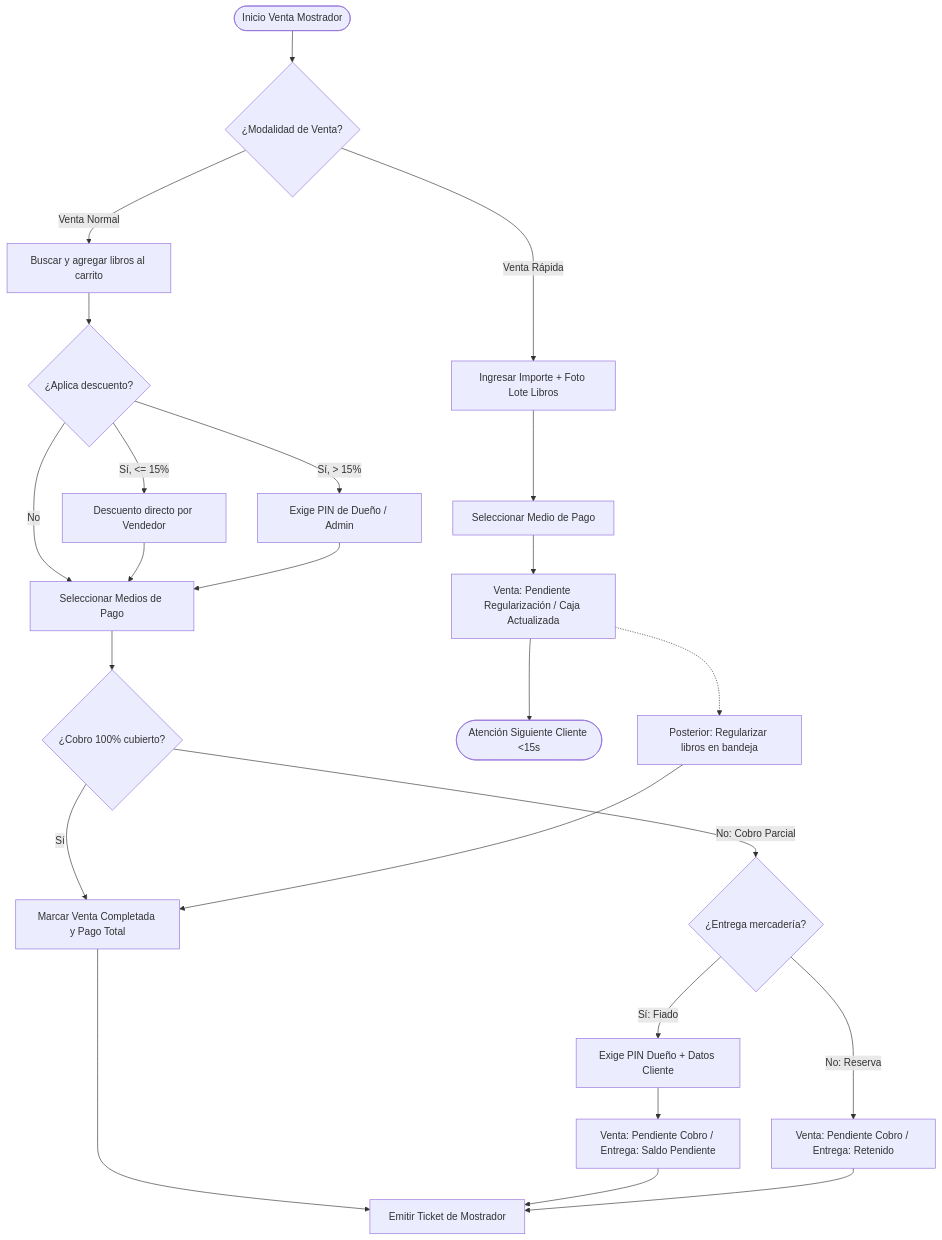
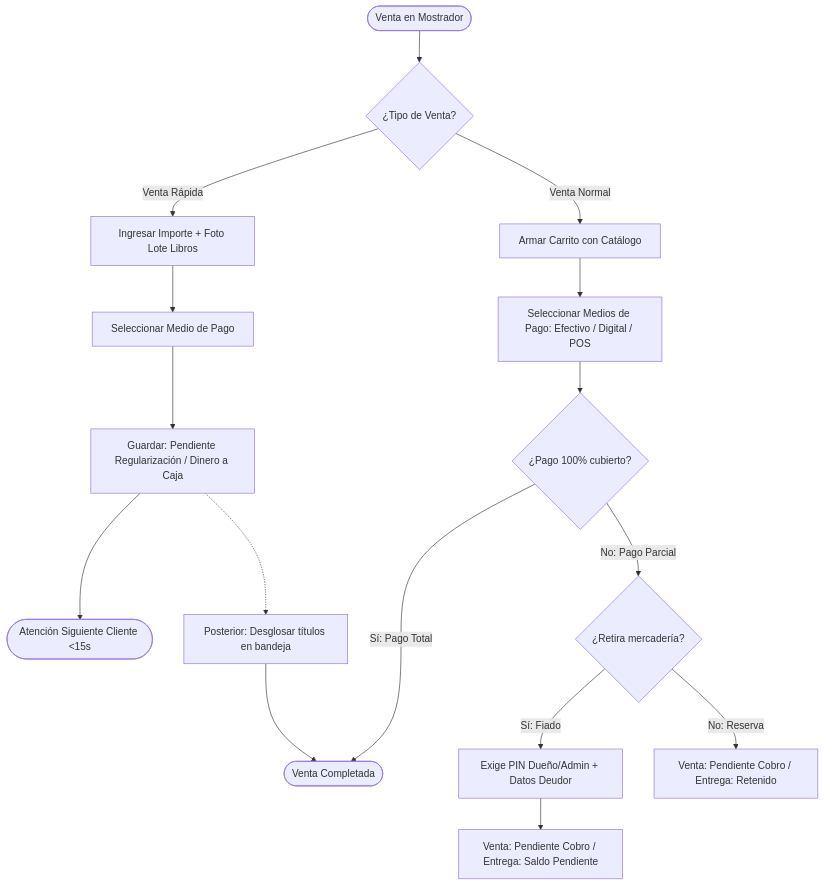
Before and after one commit to JMedina255/Proyecto_tienda: the second of 4 diagrams in docs/01-requerimientos/SRS.md, drawn with Mermaid. The commit also changed other lines of this file and 8 other files, not shown here.

````diff
--- a/docs/01-requerimientos/SRS.md
+++ b/docs/01-requerimientos/SRS.md
@@ -764,31 +351,23 @@
 ```mermaid
 flowchart TD
-    Inicio([Inicio Venta Mostrador]) --> TipoVenta{¿Modalidad de Venta?}
+    Inicio([Venta en Mostrador]) --> Modalidad{¿Tipo de Venta?}
 
-    TipoVenta -->|Venta Normal| Carrito[Buscar y agregar libros al carrito]
-    Carrito --> Descuento{¿Aplica descuento?}
-    Descuento -->|Sí, <= 15%| AplicaDesc[Descuento directo por Vendedor]
-    Descuento -->|Sí, > 15%| AuthDesc[Exige PIN de Dueño / Admin]
-    Descuento -->|No| FormaPago
-    AplicaDesc --> FormaPago[Seleccionar Medios de Pago]
-    AuthDesc --> FormaPago
+    Modalidad -->|Venta Rápida| Quick[Ingresar Importe + Foto Lote Libros]
+    Quick --> QuickPay[Seleccionar Medio de Pago]
+    QuickPay --> QuickSave[Guardar: Pendiente Regularización / Dinero a Caja]
+    QuickSave --> QuickDone([Atención Siguiente Cliente <15s])
+    QuickSave -.-> Regularizar[Posterior: Desglosar títulos en bandeja]
+    Regularizar --> SaleDone([Venta Completada])
 
-    FormaPago --> CobroTotal{¿Cobro 100% cubierto?}
-    CobroTotal -->|Sí| CompletarVenta[Marcar Venta Completada y Pago Total]
-    CompletarVenta --> EmiteTicket[Emitir Ticket de Mostrador]
+    Modalidad -->|Venta Normal| Cart[Armar Carrito con Catálogo]
+    Cart --> PayChoice[Seleccionar Medios de Pago: Efectivo / Digital / POS]
+    PayChoice --> Covered{¿Pago 100% cubierto?}
 
-    CobroTotal -->|No: Cobro Parcial| DecisionEntrega{¿Entrega mercadería?}
-    DecisionEntrega -->|Sí: Fiado| AuthFiado[Exige PIN Dueño + Datos Cliente]
-    AuthFiado --> VentaFiada[Venta: Pendiente Cobro / Entrega: Saldo Pendiente]
-    VentaFiada --> EmiteTicket
-    DecisionEntrega -->|No: Reserva| VentaReserva[Venta: Pendiente Cobro / Entrega: Retenido]
-    VentaReserva --> EmiteTicket
+    Covered -->|Sí: Pago Total| SaleDone
+    Covered -->|No: Pago Parcial| DeliveryChoice{¿Retira mercadería?}
 
-    TipoVenta -->|Venta Rápida| ImporteFoto[Ingresar Importe + Foto Lote Libros]
-    ImporteFoto --> PagoRapido[Seleccionar Medio de Pago]
-    PagoRapido --> GuardaRapida[Venta: Pendiente Regularización / Caja Actualizada]
-    GuardaRapida --> FinRapida([Atención Siguiente Cliente <15s])
+    DeliveryChoice -->|Sí: Fiado| AuthFiado[Exige PIN Dueño/Admin + Datos Deudor]
+    AuthFiado --> FiadoDone[Venta: Pendiente Cobro / Entrega: Saldo Pendiente]
 
-    GuardaRapida -.-> Regularizar[Posterior: Regularizar libros en bandeja]
-    Regularizar --> CompletarVenta
+    DeliveryChoice -->|No: Reserva| ReservaDone[Venta: Pendiente Cobro / Entrega: Retenido]
 ```
````
